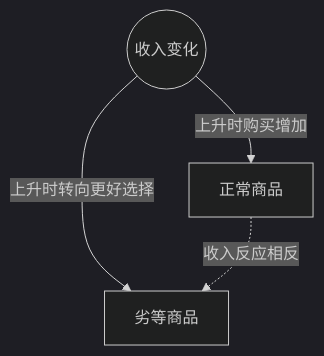
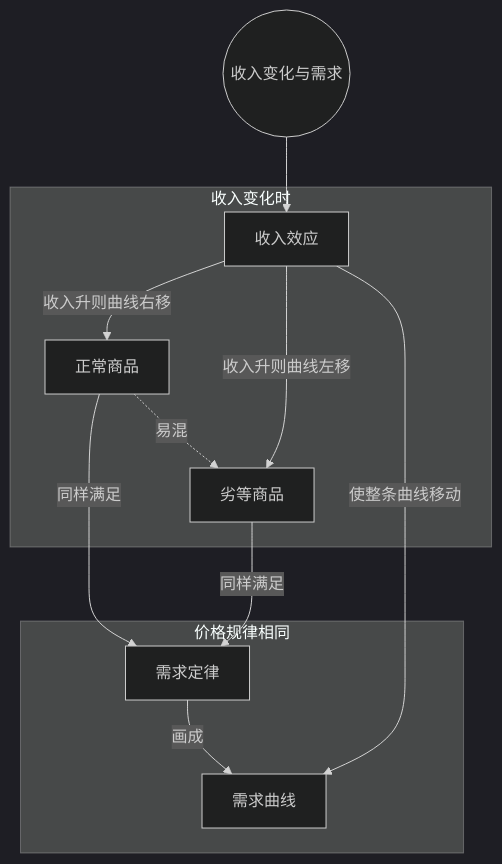
Before and after one commit to lucky-Luor/bilibili-douyin-notes: the diagram in examples/可汗微观经济学-前15集/notes/011-第11讲 正常商品和劣等商品.md, drawn with Mermaid (dark theme). The commit also changed other lines of this file and 18 other files, not shown here.

````diff
--- a/examples/可汗微观经济学-前15集/notes/011-第11讲 正常商品和劣等商品.md
+++ b/examples/可汗微观经济学-前15集/notes/011-第11讲 正常商品和劣等商品.md
@@ -35,6 +73,19 @@
 ```mermaid
 graph TD
-  R((收入变化)) -->|上升时购买增加| N[正常商品]
-  R -->|上升时转向更好选择| I[劣等商品]
-  N -.->|收入反应相反| I
+  R((收入变化与需求))
+  subgraph 价格规律相同
+    LD[需求定律] -->|画成| DC[需求曲线]
+  end
+  subgraph 收入变化时
+    IE[收入效应]
+    NG[正常商品]
+    IG[劣等商品]
+  end
+  R --> IE
+  IE -->|收入升则曲线右移| NG
+  IE -->|收入升则曲线左移| IG
+  NG -->|同样满足| LD
+  IG -->|同样满足| LD
+  IE -->|使整条曲线移动| DC
+  NG -.->|易混| IG
 ```
````
